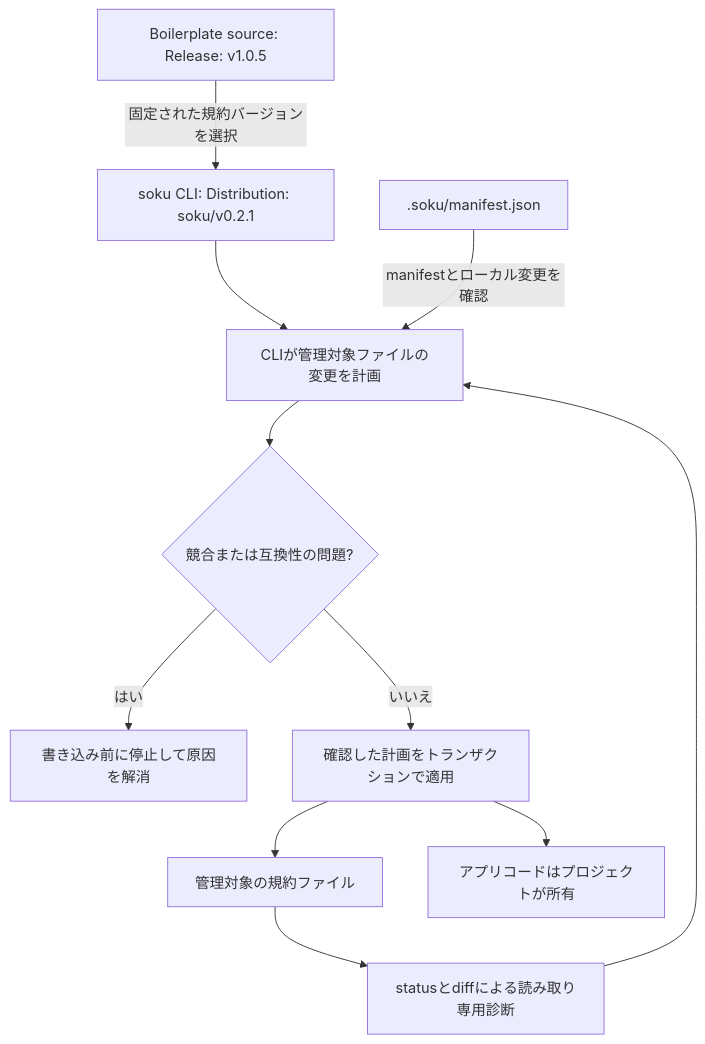
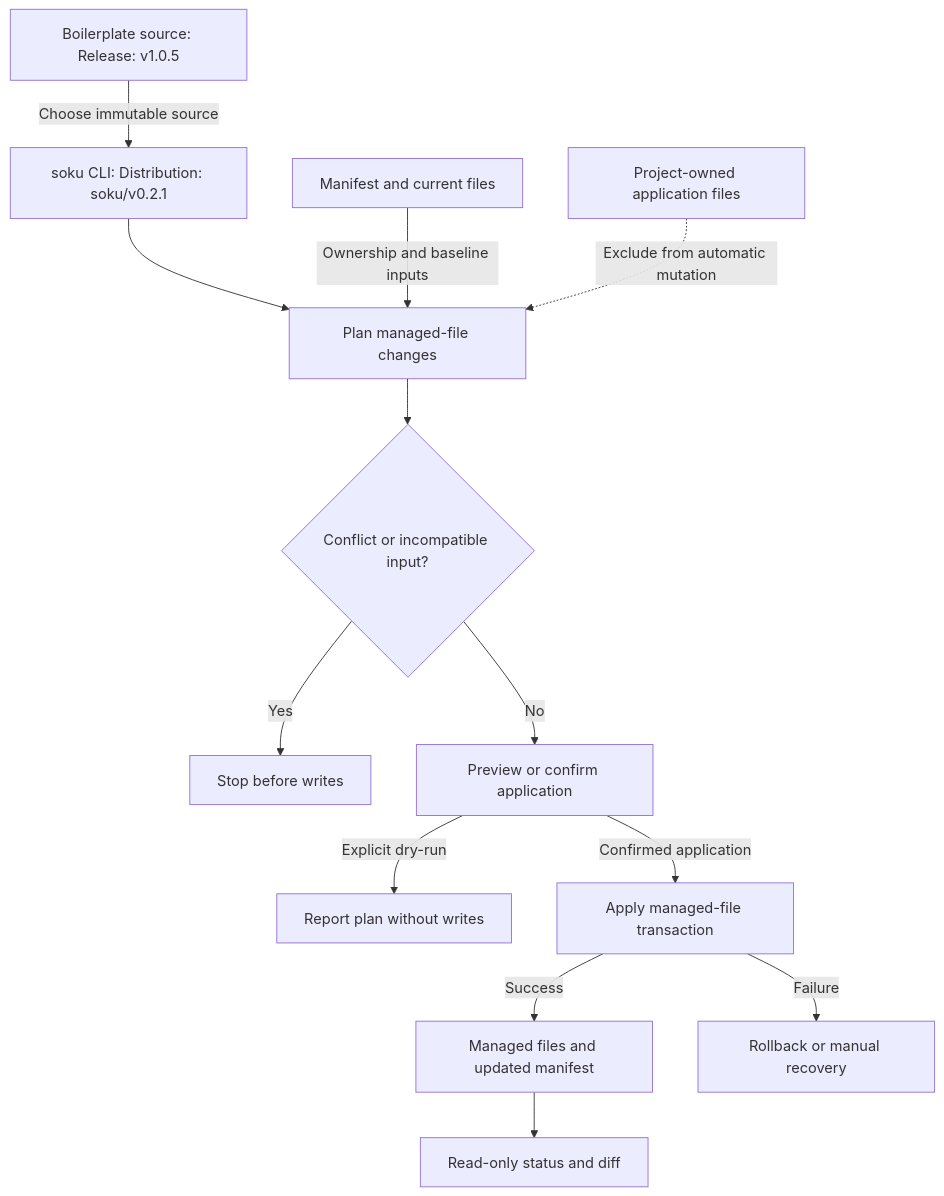
One commit to Soku-JINSEOK/Soku-Convention-Boilerplate changed the diagram in README.ja.md. Above: the diagram before and after it, drawn with Mermaid. The commit also changed other lines of this file and 30 other files, not shown here.

First line of the commit message:
📚 docs(diagrams): align English views with implemented behavior

````diff
--- a/README.ja.md
+++ b/README.ja.md
@@ -109,13 +111,15 @@
 ```mermaid
 flowchart TD
-  source["Boilerplate source: Release: v1.0.5"] -->|"固定された規約バージョンを選択"| engine["soku CLI: Distribution: soku/v0.2.1"]
-  engine --> plan["CLIが管理対象ファイルの変更を計画"]
-  manifest[".soku/manifest.json"] -->|"manifestとローカル変更を確認"| plan
-  plan --> conflict{"競合または互換性の問題?"}
-  conflict -->|"はい"| stopNode["書き込み前に停止して原因を解消"]
-  conflict -->|"いいえ"| apply["確認した計画をトランザクションで適用"]
-  apply --> owned["管理対象の規約ファイル"]
-  apply --> state["アプリコードはプロジェクトが所有"]
-  owned --> inspect["statusとdiffによる読み取り専用診断"]
-  inspect --> plan
+  source["Boilerplate source: Release: v1.0.5"] -->|"Choose immutable source"| engine["soku CLI: Distribution: soku/v0.2.1"]
+  engine --> plan["Plan managed-file changes"]
+  manifest["Manifest and current files"] -->|"Ownership and baseline inputs"| plan
+  project["Project-owned application files"] -.->|"Exclude from automatic mutation"| plan
+  plan --> conflict{"Conflict or incompatible input?"}
+  conflict -->|"Yes"| stopNode["Stop before writes"]
+  conflict -->|"No"| consent["Preview or confirm application"]
+  consent -->|"Explicit dry-run"| preview["Report plan without writes"]
+  consent -->|"Confirmed application"| apply["Apply managed-file transaction"]
+  apply -->|"Success"| owned["Managed files and updated manifest"]
+  apply -->|"Failure"| recovery["Rollback or manual recovery"]
+  owned --> inspect["Read-only status and diff"]
 ```
````
